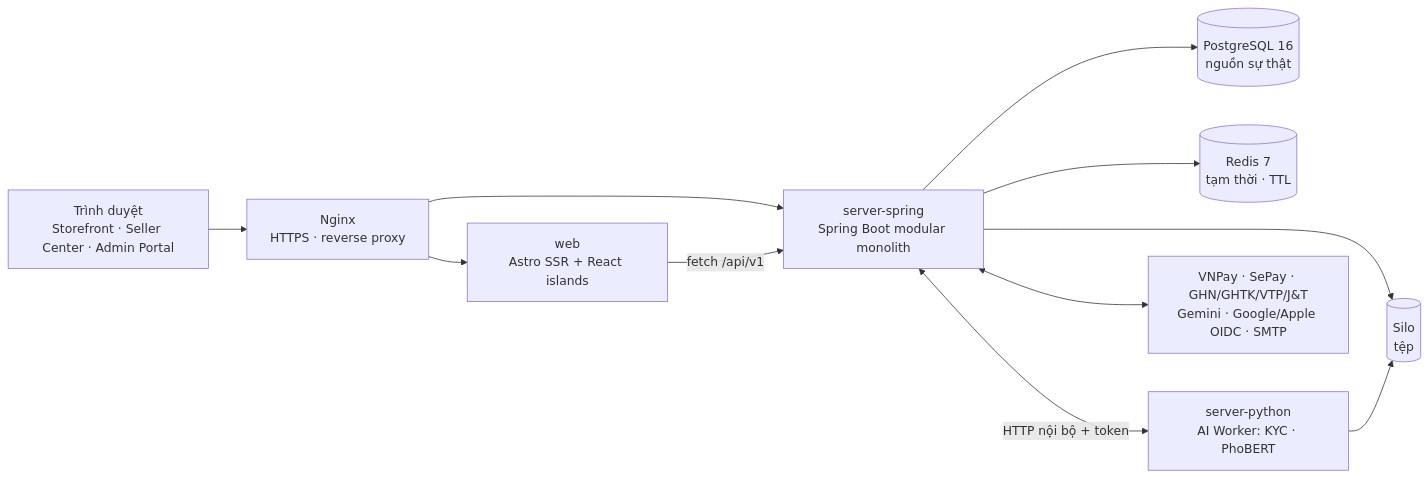
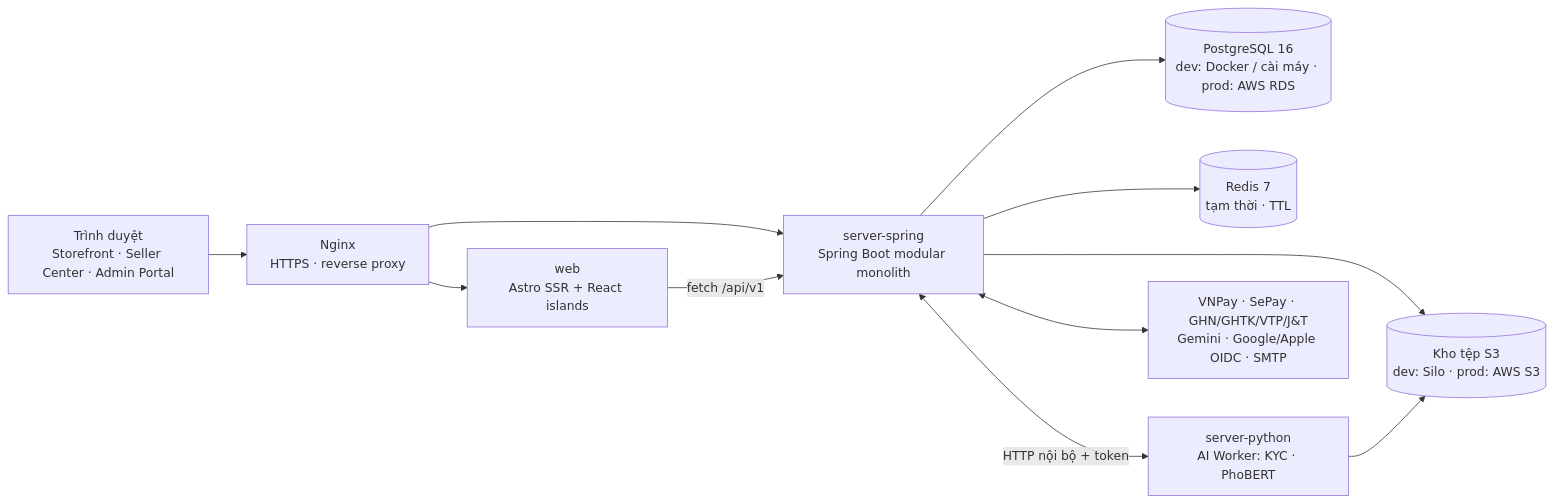
Before and after one commit to qu2nishere/genie-multivendor-platform: the first of 2 diagrams in docs/Document/kien-thuc/TECH_STACK_VA_QUY_UOC.md, drawn with Mermaid. The commit also changed other lines of this file and 13 other files, not shown here.

First line of the commit message:
docs: record aws rds and s3 for production and keep seeding local only

````diff
--- a/docs/Document/kien-thuc/TECH_STACK_VA_QUY_UOC.md
+++ b/docs/Document/kien-thuc/TECH_STACK_VA_QUY_UOC.md
@@ -36,13 +36,13 @@
 ```mermaid
 flowchart LR
     U[Trình duyệt<br/>Storefront · Seller Center · Admin Portal] --> NG[Nginx<br/>HTTPS · reverse proxy]
     NG --> FE[web<br/>Astro SSR + React islands]
     NG --> BE[server-spring<br/>Spring Boot modular monolith]
     FE -->|fetch /api/v1| BE
-    BE --> PG[(PostgreSQL 16<br/>nguồn sự thật)]
+    BE --> PG[(PostgreSQL 16<br/>dev: Docker / cài máy · prod: AWS RDS)]
     BE --> RD[(Redis 7<br/>tạm thời · TTL)]
-    BE --> MN[(Silo<br/>tệp)]
+    BE --> MN[(Kho tệp S3<br/>dev: Silo · prod: AWS S3)]
     BE <-->|HTTP nội bộ + token| AI[server-python<br/>AI Worker: KYC · PhoBERT]
     AI --> MN
     BE <--> EXT[VNPay · SePay · GHN/GHTK/VTP/J&T<br/>Gemini · Google/Apple OIDC · SMTP]
 ```
````
